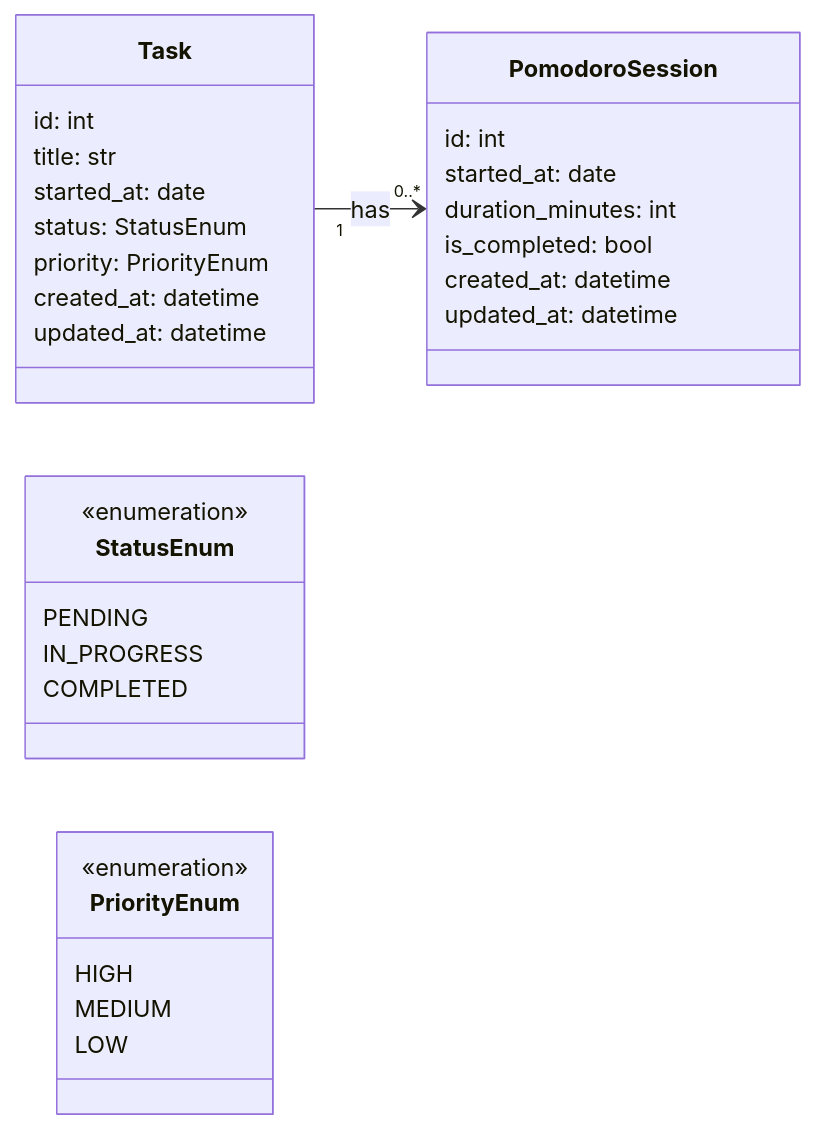
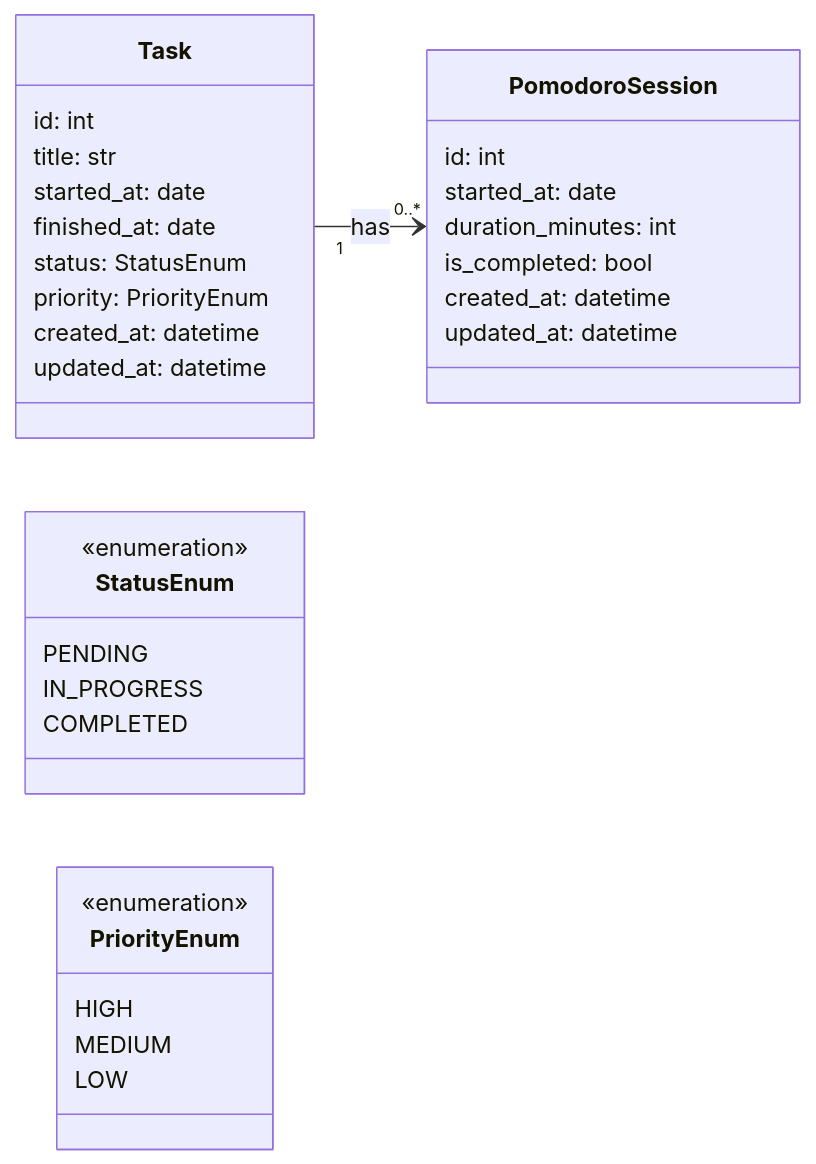
One commit to rubensrabelo/pomodoro-planner changed the diagram in docs/diagrams/class_diagram.md. Above: the diagram before and after it, drawn with Mermaid.

Commit message:
docs(class_diagram): add finished_at in Task

````diff
--- a/docs/diagrams/class_diagram.md
+++ b/docs/diagrams/class_diagram.md
@@ -3,40 +3,41 @@
 ```mermaid
 classDiagram
     direction LR
 
     class Task {
         id: int
         title: str
         started_at: date
+        finished_at: date
         status: StatusEnum
         priority: PriorityEnum
         created_at: datetime
         updated_at: datetime
     }
 
     class PomodoroSession {
         id: int
         started_at: date
         duration_minutes: int
         is_completed: bool
         created_at: datetime
         updated_at: datetime
     }
 
     class StatusEnum {
         <<enumeration>>
         PENDING
         IN_PROGRESS
         COMPLETED
     }
 
     class PriorityEnum {
         <<enumeration>>
         HIGH
         MEDIUM
         LOW
     }
 
     Task "1" --> "0..*" PomodoroSession : has
 
 ```
````
